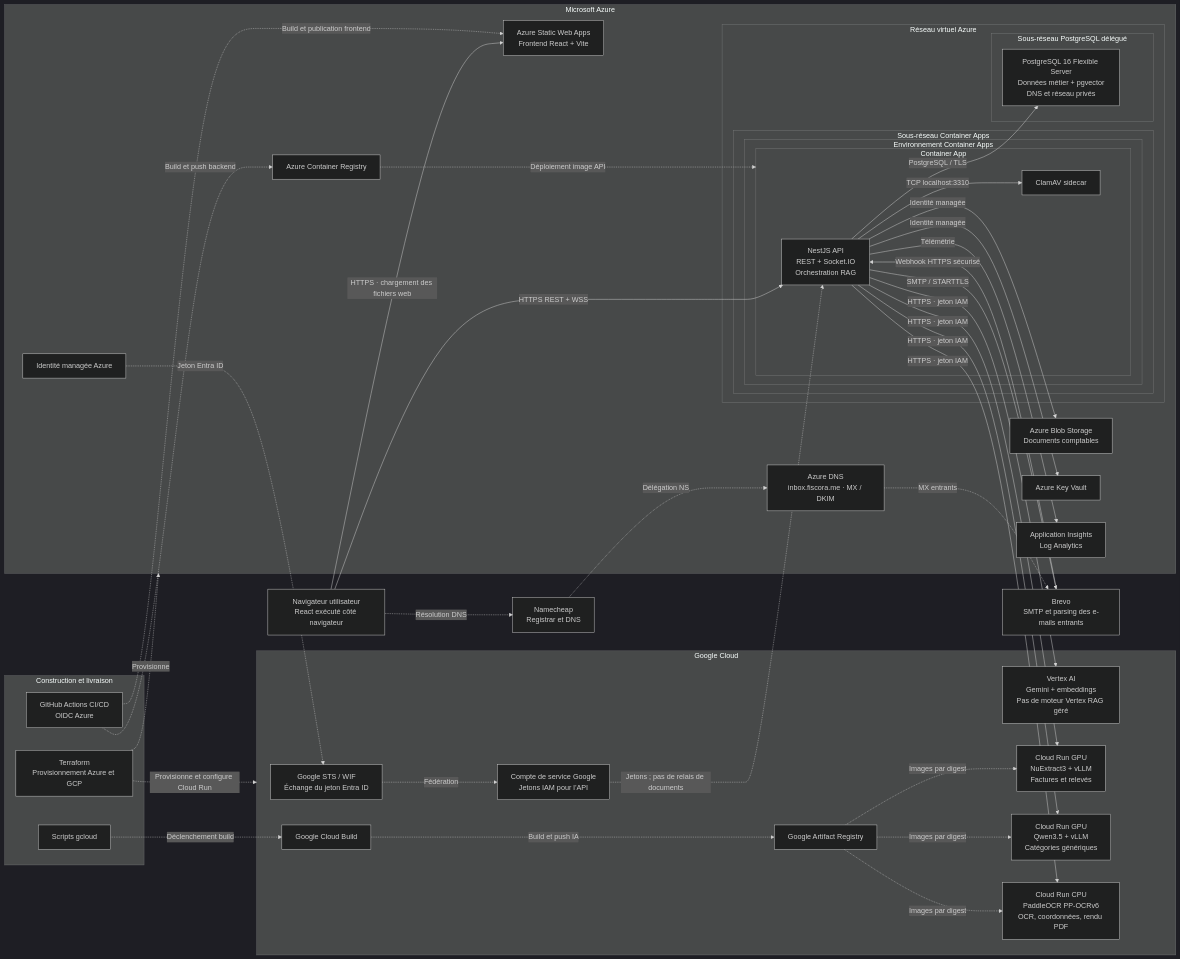
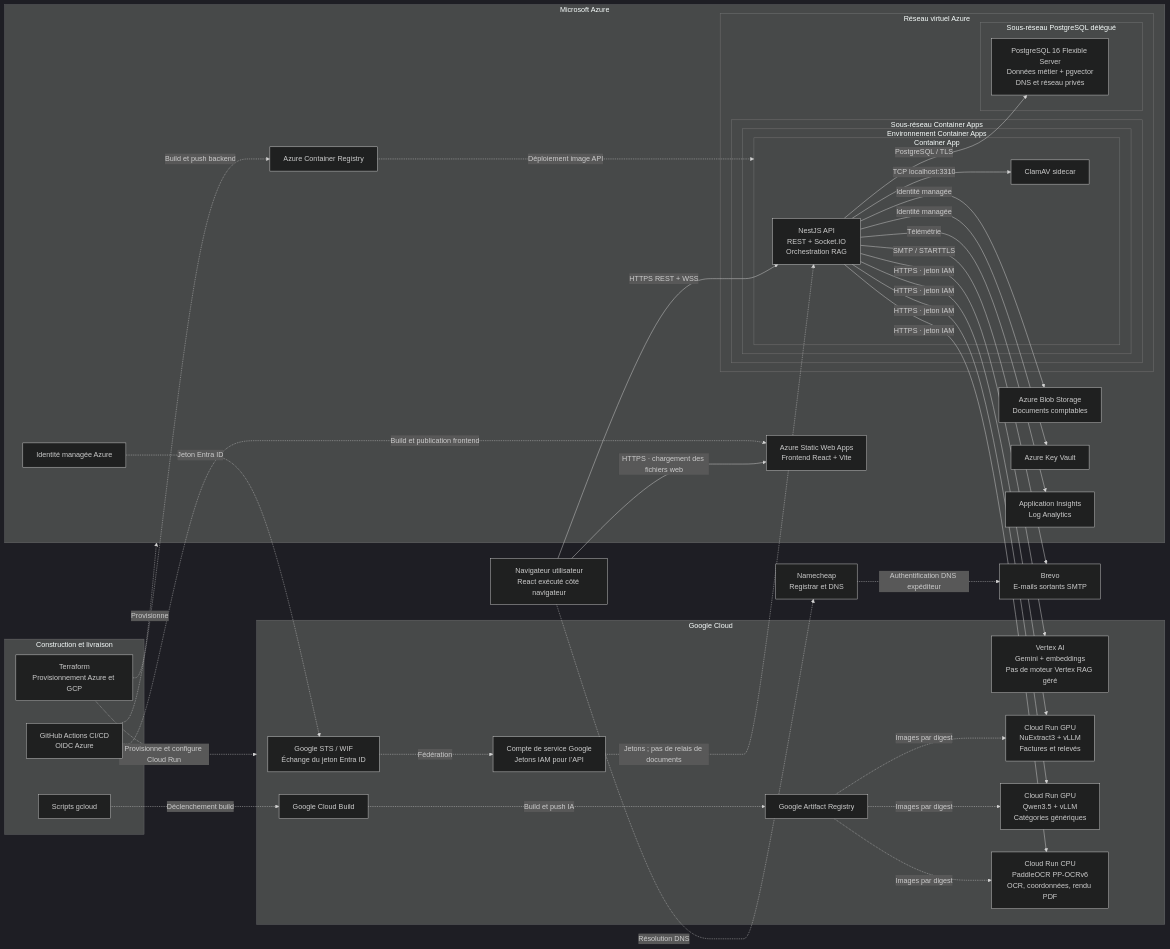
One commit to samimh23/Fiscora-tn-infrastructure changed the diagram in docs/architecture/fiscora-deployment-staging.mmd. Above: the diagram before and after it, drawn with Mermaid (dark theme). The commit also changed 25 other files, not shown here.

Commit message:
Simplify Azure deployment ownership and retire inbound email infrastructure

```diff
--- a/docs/architecture/fiscora-deployment-staging.mmd
+++ b/docs/architecture/fiscora-deployment-staging.mmd
@@ -1,79 +1,76 @@
 flowchart LR
   Browser["Navigateur utilisateur<br/>React exécuté côté navigateur"]
   Namecheap["Namecheap<br/>Registrar et DNS"]
-  Brevo["Brevo<br/>SMTP et parsing des e-mails entrants"]
+  Brevo["Brevo<br/>E-mails sortants SMTP"]
 
   subgraph Azure[Microsoft Azure]
     SWA["Azure Static Web Apps<br/>Frontend React + Vite"]
-    EmailDNS["Azure DNS<br/>inbox.fiscora.me · MX / DKIM"]
     subgraph VNet[Réseau virtuel Azure]
       subgraph AppsSubnet[Sous-réseau Container Apps]
         subgraph Environment[Environnement Container Apps]
           subgraph App[Container App]
             API["NestJS API<br/>REST + Socket.IO<br/>Orchestration RAG"]
             Clam["ClamAV sidecar"]
           end
         end
       end
       subgraph DBSubnet[Sous-réseau PostgreSQL délégué]
         DB["PostgreSQL 16 Flexible Server<br/>Données métier + pgvector<br/>DNS et réseau privés"]
       end
     end
     Blob["Azure Blob Storage<br/>Documents comptables"]
     Vault[Azure Key Vault]
     Monitoring["Application Insights<br/>Log Analytics"]
     MI[Identité managée Azure]
     ACR[Azure Container Registry]
   end
 
   subgraph GCP[Google Cloud]
     WIF["Google STS / WIF<br/>Échange du jeton Entra ID"]
     IAM["Compte de service Google<br/>Jetons IAM pour l’API"]
     Vertex["Vertex AI<br/>Gemini + embeddings<br/>Pas de moteur Vertex RAG géré"]
     NuExtract["Cloud Run GPU<br/>NuExtract3 + vLLM<br/>Factures et relevés"]
     Qwen["Cloud Run GPU<br/>Qwen3.5 + vLLM<br/>Catégories génériques"]
     OCR["Cloud Run CPU<br/>PaddleOCR PP-OCRv6<br/>OCR, coordonnées, rendu PDF"]
     Registry[Google Artifact Registry]
     CloudBuild[Google Cloud Build]
   end
 
   Browser -->|HTTPS · chargement des fichiers web| SWA
   Browser -->|HTTPS REST + WSS| API
   Browser -. Résolution DNS .-> Namecheap
-  Namecheap -. Délégation NS .-> EmailDNS
-  EmailDNS -. MX entrants .-> Brevo
+  Namecheap -. Authentification DNS expéditeur .-> Brevo
   API -->|TCP localhost:3310| Clam
   API -->|PostgreSQL / TLS| DB
   API -->|Identité managée| Blob
   API -->|Identité managée| Vault
   API -->|Télémétrie| Monitoring
   API -->|SMTP / STARTTLS| Brevo
-  Brevo -->|Webhook HTTPS sécurisé| API
   API -->|HTTPS · jeton IAM| Vertex
   API -->|HTTPS · jeton IAM| NuExtract
   API -->|HTTPS · jeton IAM| Qwen
   API -->|HTTPS · jeton IAM| OCR
   MI -. Jeton Entra ID .-> WIF
   WIF -. Fédération .-> IAM
   IAM -. Jetons ; pas de relais de documents .-> API
 
   subgraph Delivery[Construction et livraison]
     GitHub["GitHub Actions CI/CD<br/>OIDC Azure"]
     Scripts[Scripts gcloud]
     Terraform["Terraform<br/>Provisionnement Azure et GCP"]
   end
   GitHub -. Build et publication frontend .-> SWA
   GitHub -. Build et push backend .-> ACR
   ACR -. Déploiement image API .-> App
   Scripts -. Déclenchement build .-> CloudBuild
   CloudBuild -. Build et push IA .-> Registry
   Registry -. Images par digest .-> NuExtract
   Registry -. Images par digest .-> Qwen
   Registry -. Images par digest .-> OCR
   Terraform -. Provisionne .-> Azure
   Terraform -. Provisionne et configure Cloud Run .-> GCP
 
   %% Configuration des dépôts, pas une attestation de l’état cloud live.
   %% Cloud Run : ingress public et accès IAM obligatoire, pas de VPC privé Azure-GCP.
   %% NuExtract est le provider configuré ; Qwen reste un service distinct.
   %% Pas de pipeline OCR texte vers NuExtract : celui-ci utilise les images/pages.
```
